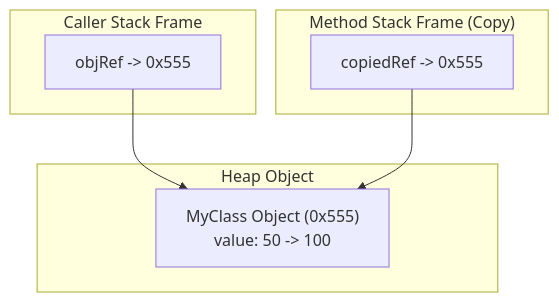
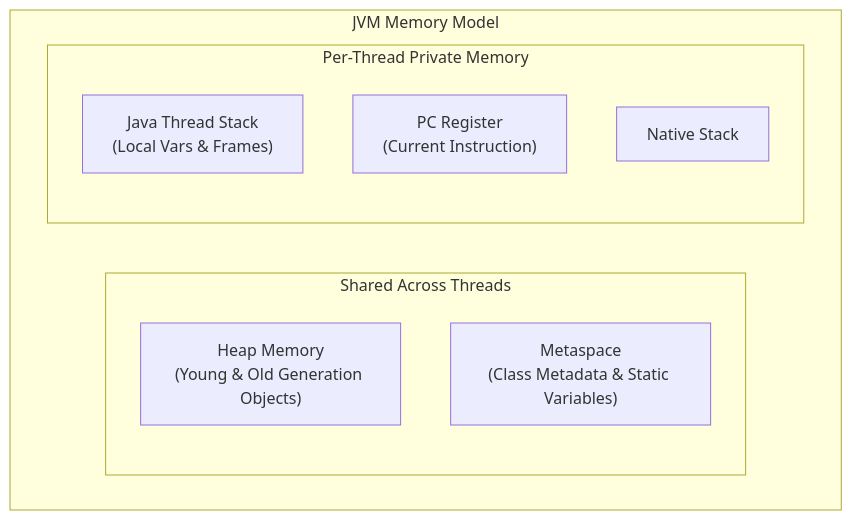
One commit to Arghya876/Java-Core-Masterclass-and-Practice changed the first of 2 diagrams in INTERVIEW_QA.md. Above: the diagram before and after it, drawn with Mermaid. The commit also changed other lines of this file and 11 other files, not shown here.

Commit message:
feat: expand Java Core roadmap with advanced algorithms, collections, multithreading synchronization, stream API masterclass, and 20+ interview Q&As

````diff
--- a/INTERVIEW_QA.md
+++ b/INTERVIEW_QA.md
@@ -141,17 +33,14 @@
 ```mermaid
 flowchart TD
-    subgraph CallerStack ["Caller Stack Frame"]
-        cRef["objRef -> 0x555"]
+    subgraph JVM ["JVM Memory Model"]
+        subgraph ThreadShared ["Shared Across Threads"]
+            Heap["Heap Memory\n(Young & Old Generation Objects)"]
+            Metaspace["Metaspace\n(Class Metadata & Static Variables)"]
+        end
+        subgraph ThreadPrivate ["Per-Thread Private Memory"]
+            Stack["Java Thread Stack\n(Local Vars & Frames)"]
+            PC["PC Register\n(Current Instruction)"]
+            Native["Native Stack"]
+        end
     end
-    
-    subgraph MethodStack ["Method Stack Frame (Copy)"]
-        mRef["copiedRef -> 0x555"]
-    end
-    
-    subgraph HeapMemory ["Heap Object"]
-        heapObj["MyClass Object (0x555) \n value: 50 -> 100"]
-    end
-    
-    cRef --> heapObj
-    mRef --> heapObj
 ```
````
